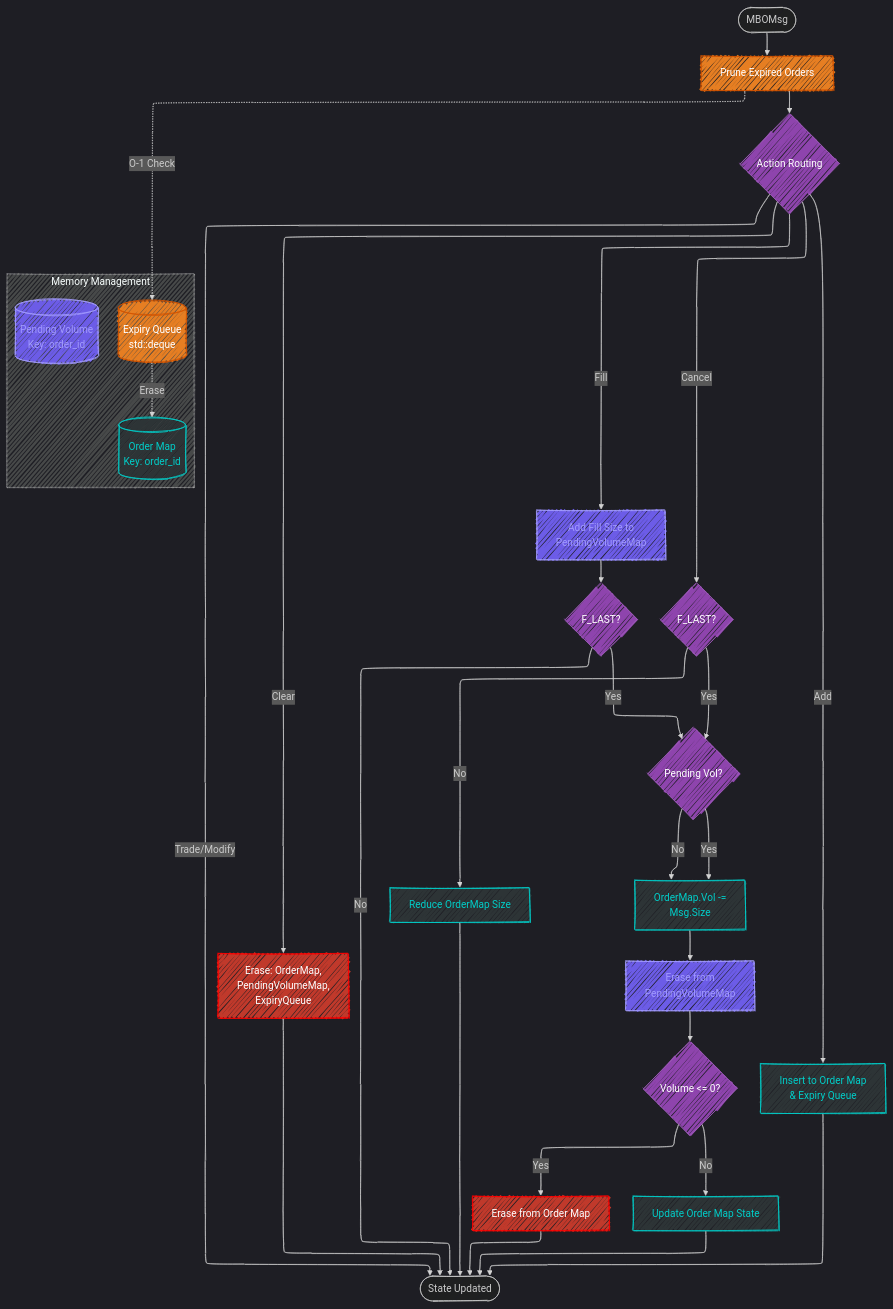
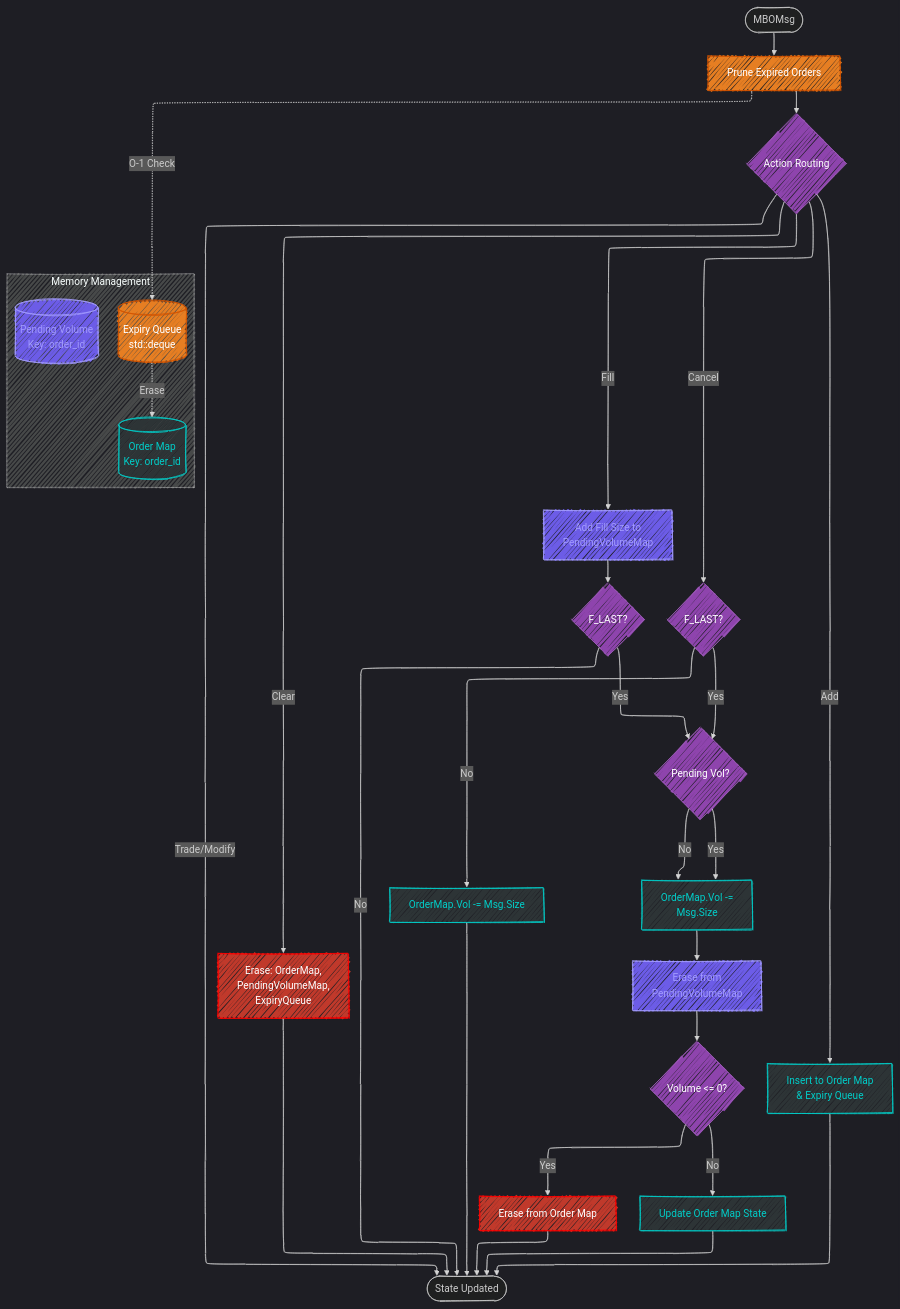
The second of 2 diagrams in docs/Order Lifespan/Tracking.md (Alexerby/thesis-code), drawn with Mermaid before and after one commit. The commit also changed 6 other files, not shown here.

````diff
--- a/docs/Order Lifespan/Tracking.md
+++ b/docs/Order Lifespan/Tracking.md
@@ -73,74 +73,74 @@
 ```mermaid
 ---
 config:
   layout: elk
   look: handDrawn
   theme: dark
 ---
 flowchart TB
     A([MBOMsg]) --> Prune[Prune Expired Orders]
     Prune --> Action{Action Routing}
 
     %% EXPIRE LOGIC
     Prune -.->|O-1 Check| ExpiryQueue
     ExpiryQueue -.->|Erase| OrderMap
 
     %% FILL BRANCH
     Action -->|Fill| Accumulate[Add Fill Size to<br/>PendingVolumeMap]
     Accumulate --> IsFillLast{F_LAST?}
     IsFillLast -->|Yes| CheckStaged
     IsFillLast -->|No| End([State Updated])
 
     %% CANCEL BRANCH
     Action -->|Cancel| IsCancelLast{F_LAST?}
-    IsCancelLast -->|No| PureCancel[Reduce OrderMap Size]
+    IsCancelLast -->|No| PureCancel[OrderMap.Vol -= Msg.Size]
     IsCancelLast -->|Yes| CheckStaged{Pending Vol?}
     
     %% CLEAR BRANCH
     Action -->|Clear| Reset[Erase: OrderMap,<br/>PendingVolumeMap,<br/>ExpiryQueue]
     Reset --> End
 
     %% RECONCILIATION
     CheckStaged -->|Yes| Reconcile[OrderMap.Vol -=<br/>Staged + Msg.Size]
     CheckStaged -->|No| Reconcile[OrderMap.Vol -=<br/>Msg.Size]
     
     Reconcile --> ClearStaged[Erase from<br/>PendingVolumeMap]
     ClearStaged --> VolCheck
 
     %% POST-RECONCILE & ADD
     Action -->|Add| NewOrder[Insert to Order Map<br/>& Expiry Queue]
     NewOrder --> End
     
     VolCheck{Volume <= 0?}
     VolCheck -->|Yes| EraseOrder[Erase from Order Map]
     VolCheck -->|No| UpdateState[Update Order Map State]
     
     EraseOrder --> End
     UpdateState --> End
     PureCancel --> End
 
     %% OTHER BRANCHES
     Action -->|Trade/Modify| End
 
     subgraph Storage [Memory Management]
         OrderMap[(Order Map<br/>Key: order_id)]
         PendingVolumeMap[(Pending Volume<br/>Key: order_id)]
         ExpiryQueue[(Expiry Queue<br/>std::deque)]
     end
 
     %% --- CLASS DEFINITIONS ---
     classDef decision fill:#8e44ad,stroke:#9b59b6,color:#fff
     classDef storage fill:#2d3436,stroke:#00cec9,color:#00cec9
     classDef staging fill:#6c5ce7,stroke:#a29bfe,color:#a29bfe
     classDef expiry fill:#e67e22,stroke:#d35400,color:#fff
     classDef destructive fill:#c0392b,stroke:#ff0000,color:#fff
 
     %% --- APPLYING CLASSES ---
     class Action,IsFillLast,IsCancelLast,CheckStaged,VolCheck decision
     
     %% Storage & Linked Logic
     class OrderMap,NewOrder,EraseOrder,UpdateState,Reconcile,PureCancel storage
     class PendingVolumeMap,Accumulate,ClearStaged staging
     class ExpiryQueue,Prune expiry
     class EraseOrder,Reset destructive
 ```
````
